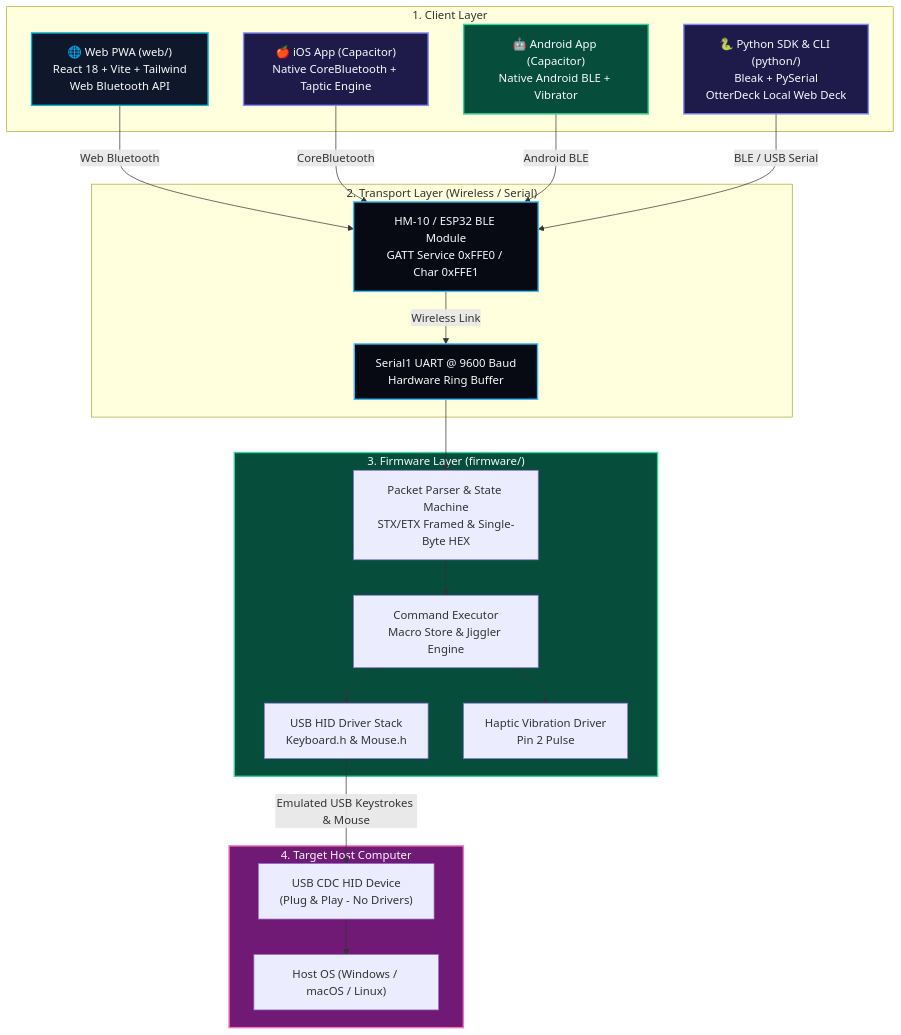
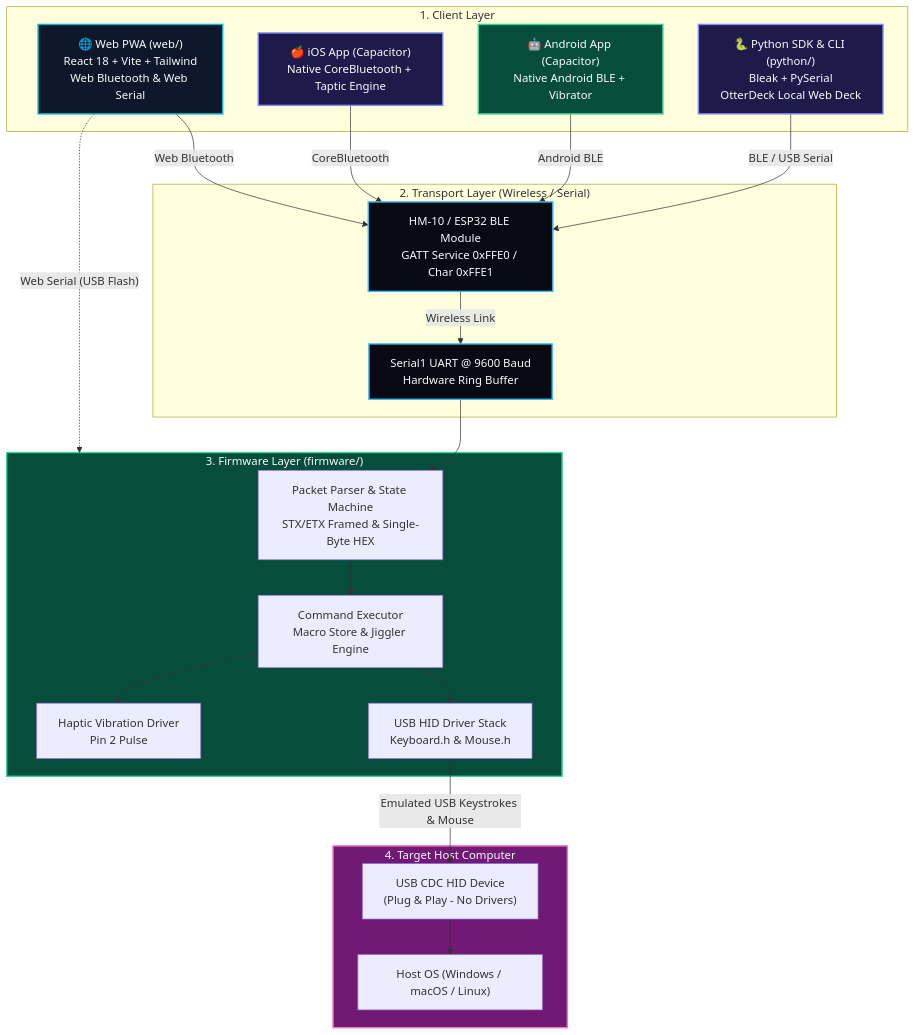
One commit to AtaCanYmc/RubberOtter changed the diagram in README.md. Above: the diagram before and after it, drawn with Mermaid. The commit also changed other lines of this file, not shown here.

Commit message:
docs(readme): add zero-install Web Flasher guide and architecture mapping

````diff
--- a/README.md
+++ b/README.md
@@ -30,48 +31,49 @@
 ```mermaid
 graph TD
     subgraph Clients["1. Client Layer"]
-        WEB["🌐 Web PWA (web/)<br/>React 18 + Vite + Tailwind<br/>Web Bluetooth API"]
+        WEB["🌐 Web PWA (web/)<br/>React 18 + Vite + Tailwind<br/>Web Bluetooth & Web Serial"]
         IOS["🍎 iOS App (Capacitor)<br/>Native CoreBluetooth + Taptic Engine"]
         AND["🤖 Android App (Capacitor)<br/>Native Android BLE + Vibrator"]
         PY_SDK["🐍 Python SDK & CLI (python/)<br/>Bleak + PySerial<br/>OtterDeck Local Web Deck"]
     end
 
     subgraph Transport["2. Transport Layer (Wireless / Serial)"]
         BLE["HM-10 / ESP32 BLE Module<br/>GATT Service 0xFFE0 / Char 0xFFE1"]
         UART["Serial1 UART @ 9600 Baud<br/>Hardware Ring Buffer"]
         BLE -->|"Wireless Link"| UART
     end
 
     subgraph FirmwareLayer["3. Firmware Layer (firmware/)"]
         PARSER["Packet Parser & State Machine<br/>STX/ETX Framed & Single-Byte HEX"]
         EXEC["Command Executor<br/>Macro Store & Jiggler Engine"]
         HID["USB HID Driver Stack<br/>Keyboard.h & Mouse.h"]
         VIB["Haptic Vibration Driver<br/>Pin 2 Pulse"]
 
         UART --> PARSER
         PARSER --> EXEC
         EXEC --> HID
         EXEC --> VIB
     end
 
     subgraph TargetPC["4. Target Host Computer"]
         USB["USB CDC HID Device<br/>(Plug & Play - No Drivers)"]
         OS["Host OS (Windows / macOS / Linux)"]
         HID -->|"Emulated USB Keystrokes & Mouse"| USB
         USB --> OS
     end
 
     WEB -->|"Web Bluetooth"| BLE
+    WEB -.->|"Web Serial (USB Flash)"| FirmwareLayer
     IOS -->|"CoreBluetooth"| BLE
     AND -->|"Android BLE"| BLE
     PY_SDK -->|"BLE / USB Serial"| BLE
 
     style WEB fill:#0f172a,stroke:#06b6d4,stroke-width:2px,color:#f8fafc
     style IOS fill:#1e1b4b,stroke:#818cf8,stroke-width:2px,color:#f8fafc
     style AND fill:#064e3b,stroke:#34d399,stroke-width:2px,color:#f8fafc
     style PY_SDK fill:#1e1b4b,stroke:#818cf8,stroke-width:2px,color:#f8fafc
     style BLE fill:#070a12,stroke:#38bdf8,stroke-width:2px,color:#f8fafc
     style UART fill:#070a12,stroke:#38bdf8,stroke-width:2px,color:#f8fafc
     style FirmwareLayer fill:#064e3b,stroke:#34d399,stroke-width:2px,color:#f8fafc
     style TargetPC fill:#701a75,stroke:#f472b6,stroke-width:2px,color:#f8fafc
 ```
````
